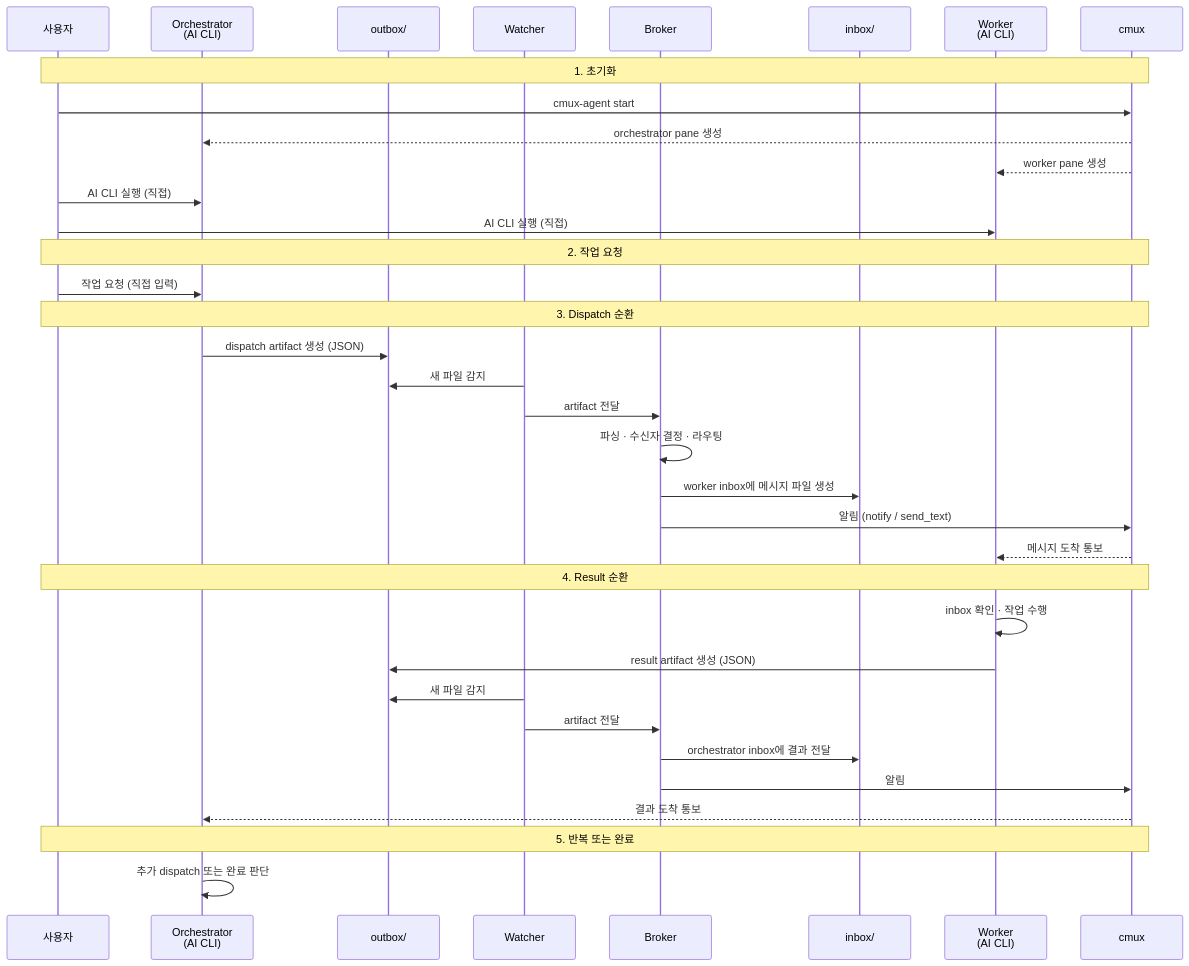
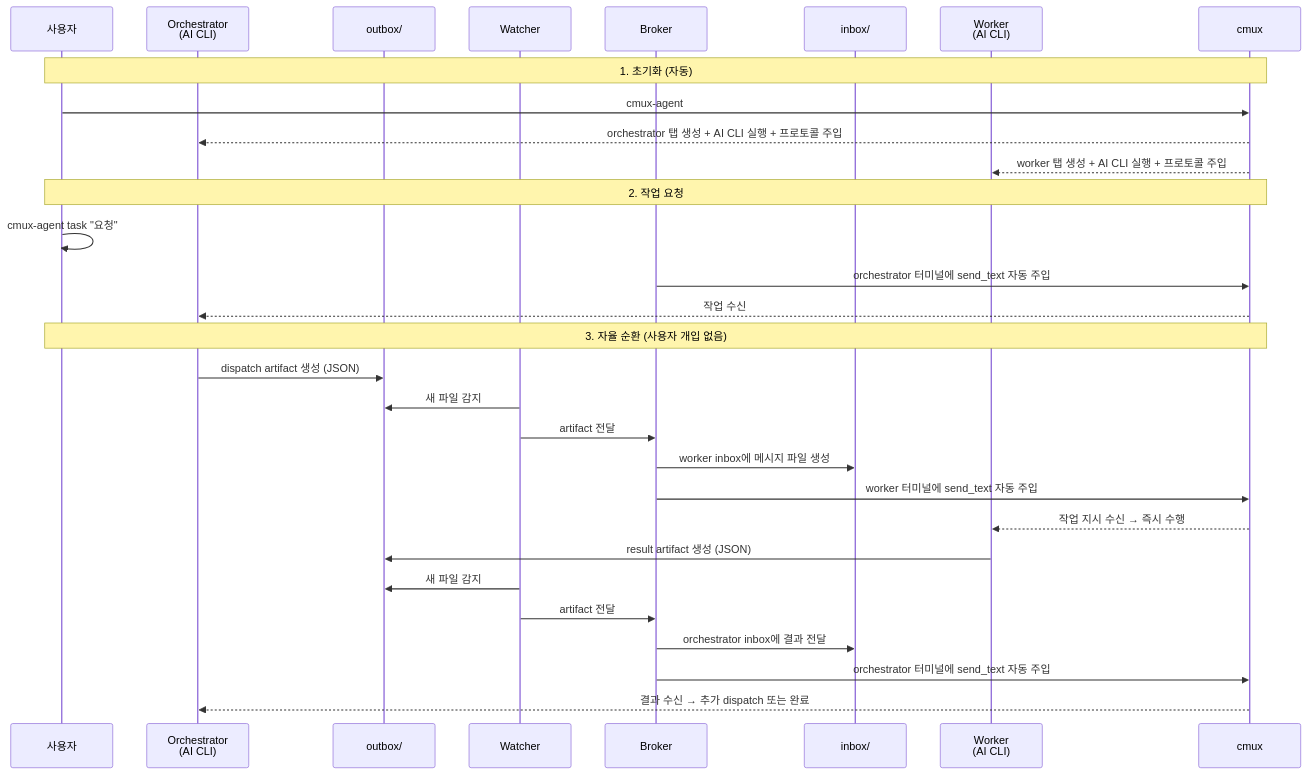
The second of 11 diagrams in docs/00-overview.md (ttalkkag/cmux-agent), drawn with Mermaid before and after one commit. The commit also changed other lines of this file and 5 other files, not shown here.

````diff
--- a/docs/00-overview.md
+++ b/docs/00-overview.md
@@ -59,42 +59,36 @@
 ```mermaid
 sequenceDiagram
     participant U as 사용자
     participant O as Orchestrator<br/>(AI CLI)
     participant OB as outbox/
     participant W as Watcher
     participant B as Broker
     participant IB as inbox/
     participant WK as Worker<br/>(AI CLI)
     participant CX as cmux
 
-    Note over U,CX: 1. 초기화
-    U->>CX: cmux-agent start
-    CX-->>O: orchestrator pane 생성
-    CX-->>WK: worker pane 생성
-    U->>O: AI CLI 실행 (직접)
-    U->>WK: AI CLI 실행 (직접)
+    Note over U,CX: 1. 초기화 (자동)
+    U->>CX: cmux-agent
+    CX-->>O: orchestrator 탭 생성 + AI CLI 실행 + 프로토콜 주입
+    CX-->>WK: worker 탭 생성 + AI CLI 실행 + 프로토콜 주입
 
     Note over U,CX: 2. 작업 요청
-    U->>O: 작업 요청 (직접 입력)
+    U->>U: cmux-agent task "요청"
+    B->>CX: orchestrator 터미널에 send_text 자동 주입
+    CX-->>O: 작업 수신
 
-    Note over U,CX: 3. Dispatch 순환
+    Note over U,CX: 3. 자율 순환 (사용자 개입 없음)
     O->>OB: dispatch artifact 생성 (JSON)
     W->>OB: 새 파일 감지
     W->>B: artifact 전달
-    B->>B: 파싱 · 수신자 결정 · 라우팅
     B->>IB: worker inbox에 메시지 파일 생성
-    B->>CX: 알림 (notify / send_text)
-    CX-->>WK: 메시지 도착 통보
+    B->>CX: worker 터미널에 send_text 자동 주입
+    CX-->>WK: 작업 지시 수신 → 즉시 수행
 
-    Note over U,CX: 4. Result 순환
-    WK->>WK: inbox 확인 · 작업 수행
     WK->>OB: result artifact 생성 (JSON)
     W->>OB: 새 파일 감지
     W->>B: artifact 전달
     B->>IB: orchestrator inbox에 결과 전달
-    B->>CX: 알림
-    CX-->>O: 결과 도착 통보
-
-    Note over U,CX: 5. 반복 또는 완료
-    O->>O: 추가 dispatch 또는 완료 판단
+    B->>CX: orchestrator 터미널에 send_text 자동 주입
+    CX-->>O: 결과 수신 → 추가 dispatch 또는 완료
 ```
````
